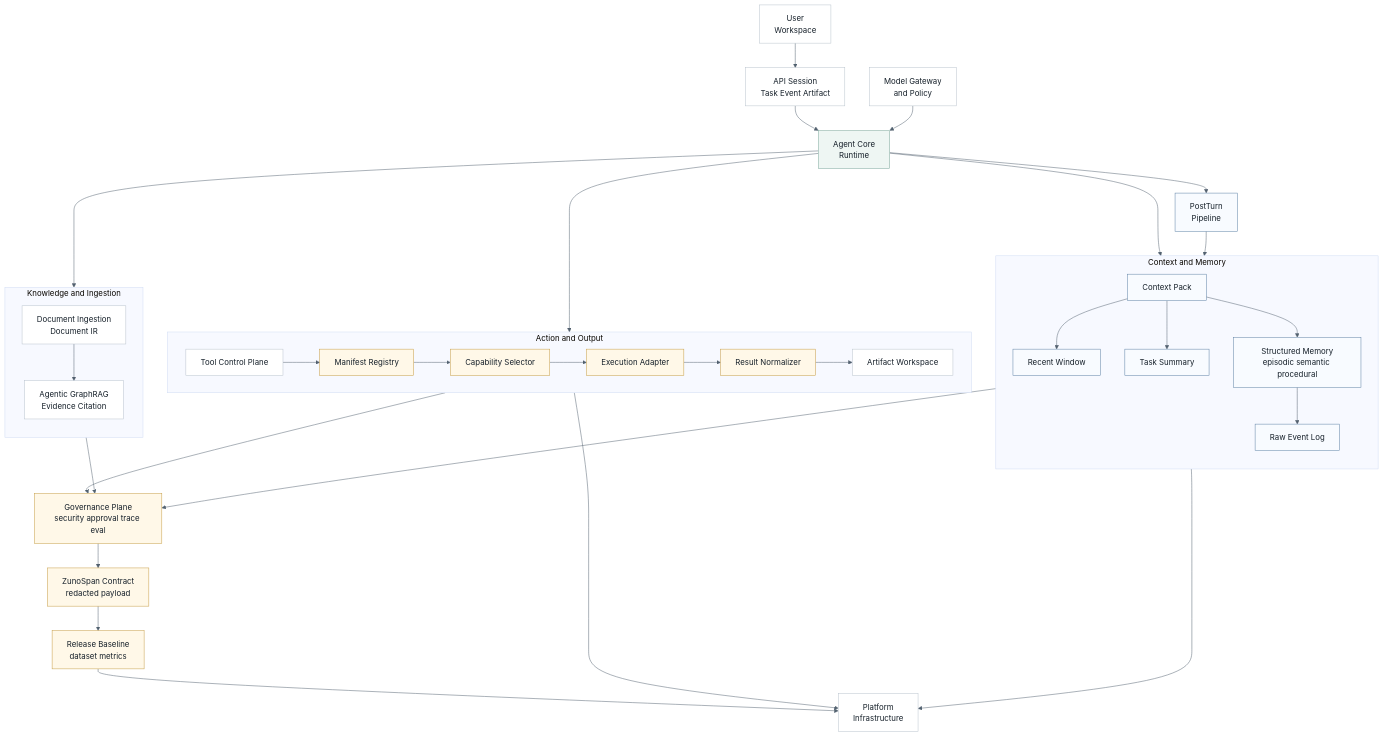
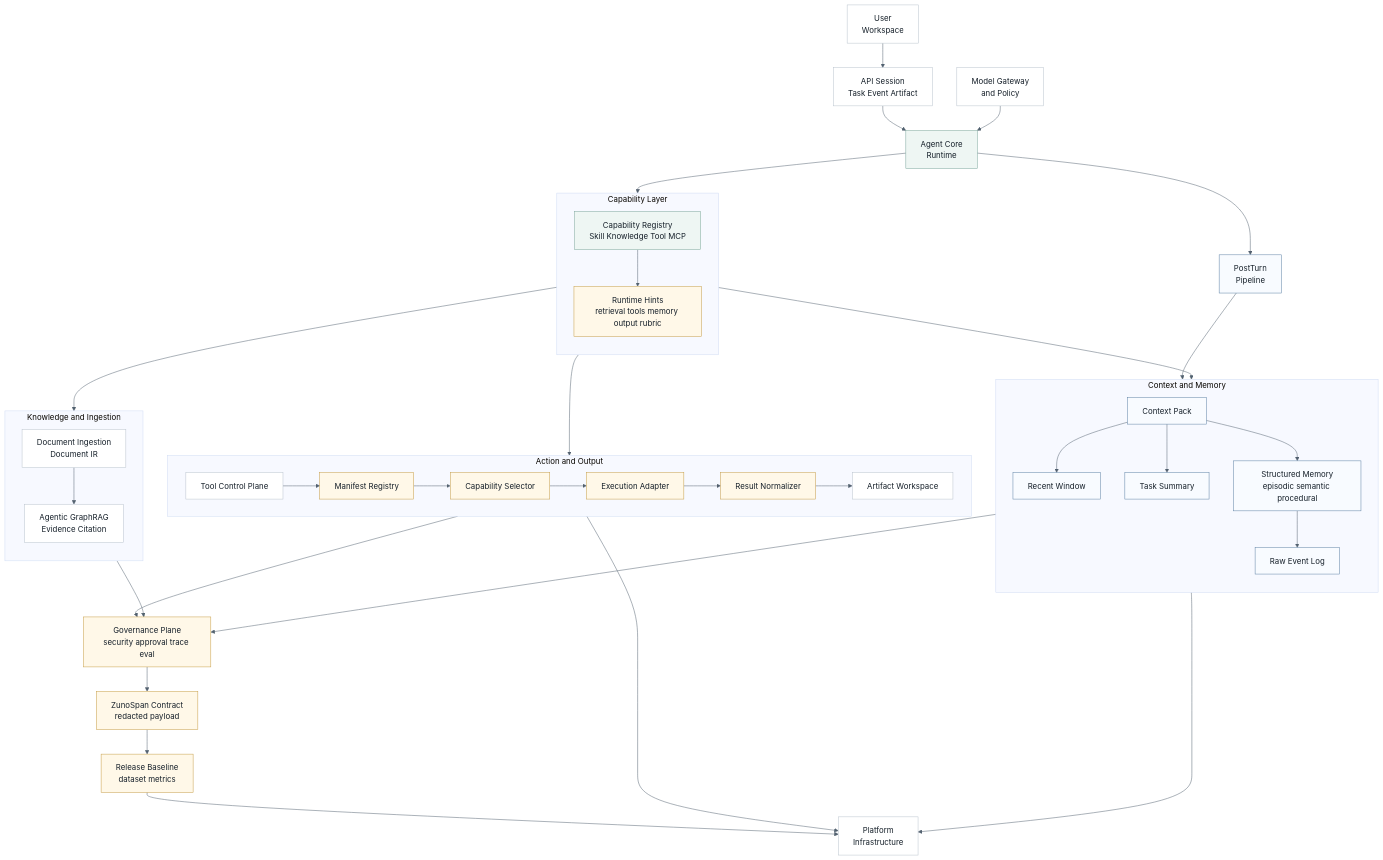
The first of 10 diagrams in .agent/architecture/architecture.md (ProfessorZhi/Zuno), drawn with Mermaid before and after one commit. The commit also changed other lines of this file and 12 other files, not shown here.

Commit message:
docs: define agent core capability architecture

````diff
--- a/.agent/architecture/architecture.md
+++ b/.agent/architecture/architecture.md
@@ -1232,63 +1339,71 @@
 ```mermaid
 %%{init: {"theme": "base", "themeVariables": {"background": "#f7f8fb", "lineColor": "#52616f"}}}%%
 flowchart TB
   classDef node fill:#ffffff,stroke:#b8c2cc,stroke-width:1px,color:#16202a;
   classDef accent fill:#eef6f3,stroke:#7aa59a,stroke-width:1px,color:#16202a;
   classDef guard fill:#fff8e8,stroke:#c59b43,stroke-width:1px,color:#16202a;
   classDef mem fill:#f8fbff,stroke:#5b7fa3,stroke-width:1px,color:#16202a;
 
   USER["User<br/>Workspace"]
   API["API Session<br/>Task Event Artifact"]
   MODEL["Model Gateway<br/>and Policy"]
   CORE["Agent Core<br/>Runtime"]:::accent
   POST["PostTurn<br/>Pipeline"]:::mem
   GOV["Governance Plane<br/>security approval trace eval"]:::guard
   SPAN["ZunoSpan Contract<br/>redacted payload"]:::guard
   BASELINE["Release Baseline<br/>dataset metrics"]:::guard
   PLATFORM["Platform<br/>Infrastructure"]
 
   subgraph MEMSYS["Context and Memory"]
     direction TB
     PACK["Context Pack"]:::mem
     RECENT["Recent Window"]:::mem
     SUMMARY["Task Summary"]:::mem
     STRUCT["Structured Memory<br/>episodic semantic procedural"]:::mem
     RAW["Raw Event Log"]:::mem
     PACK --> RECENT
     PACK --> SUMMARY
     PACK --> STRUCT
     STRUCT --> RAW
   end
 
   subgraph KNOWSYS["Knowledge and Ingestion"]
     direction TB
     INGEST["Document Ingestion<br/>Document IR"]
     KNOW["Agentic GraphRAG<br/>Evidence Citation"]
     INGEST --> KNOW
   end
 
+  subgraph SKILLSYS["Capability Layer"]
+    direction TB
+    SKILL["Capability Registry<br/>Skill Knowledge Tool MCP"]:::accent
+    HINT["Runtime Hints<br/>retrieval tools memory output rubric"]:::guard
+    SKILL --> HINT
+  end
+
   subgraph ACTSYS["Action and Output"]
     direction LR
     TOOL["Tool Control Plane"]
     REG["Manifest Registry"]:::guard
     SELECT["Capability Selector"]:::guard
     EXEC["Execution Adapter"]:::guard
     NORM["Result Normalizer"]:::guard
     ART["Artifact Workspace"]
     TOOL --> REG --> SELECT --> EXEC --> NORM --> ART
   end
 
   USER --> API --> CORE
   MODEL --> CORE
-  CORE --> PACK
-  CORE --> TOOL
-  CORE --> KNOW
+  CORE --> SKILL
+  HINT --> PACK
+  HINT --> TOOL
+  HINT --> KNOW
   CORE --> POST --> RAW
   PACK --> GOV
   NORM --> GOV
   KNOW --> GOV
   GOV --> SPAN --> BASELINE --> PLATFORM
   RAW --> PLATFORM
   ART --> PLATFORM
   class USER,API,MODEL,PLATFORM node;
 ```
````
